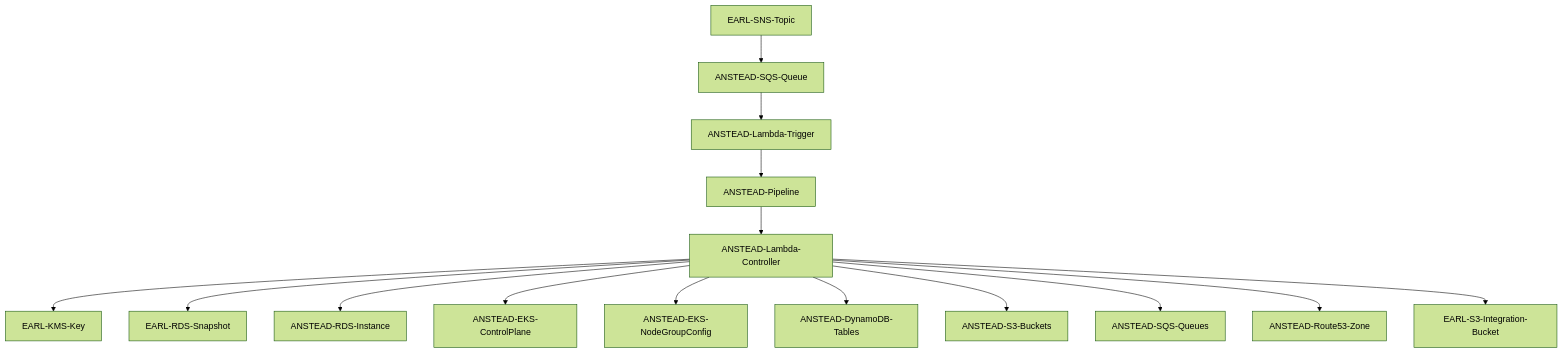
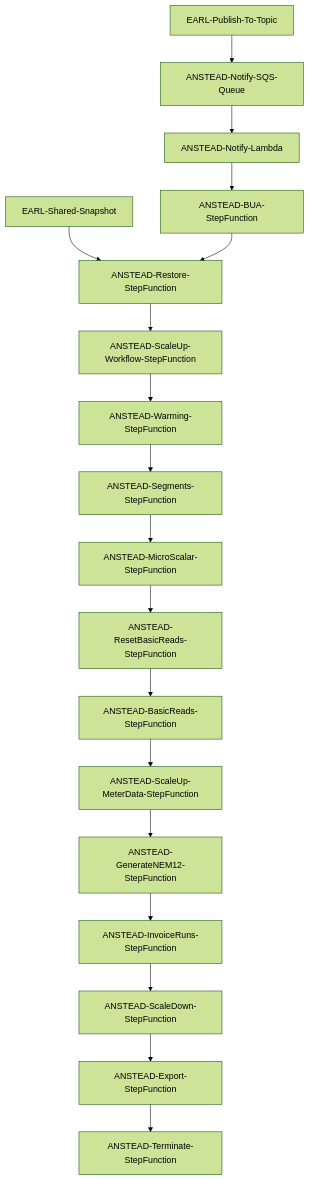
The second of 2 diagrams in README.md (madeesha/bua), drawn with Mermaid (forest theme) before and after one commit. The commit also changed other lines of this file, not shown here.

````diff
--- a/README.md
+++ b/README.md
@@ -23,17 +23,20 @@
 ```mermaid
 graph TD;
-EARL-SNS-Topic --> ANSTEAD-SQS-Queue;
-ANSTEAD-SQS-Queue --> ANSTEAD-Lambda-Trigger;
-ANSTEAD-Lambda-Trigger --> ANSTEAD-Pipeline;
-ANSTEAD-Pipeline --> ANSTEAD-Lambda-Controller;
-ANSTEAD-Lambda-Controller --> EARL-KMS-Key;
-ANSTEAD-Lambda-Controller --> EARL-RDS-Snapshot;
-ANSTEAD-Lambda-Controller --> ANSTEAD-RDS-Instance;
-ANSTEAD-Lambda-Controller --> ANSTEAD-EKS-ControlPlane;
-ANSTEAD-Lambda-Controller --> ANSTEAD-EKS-NodeGroupConfig;
-ANSTEAD-Lambda-Controller --> ANSTEAD-DynamoDB-Tables;
-ANSTEAD-Lambda-Controller --> ANSTEAD-S3-Buckets;
-ANSTEAD-Lambda-Controller --> ANSTEAD-SQS-Queues;
-ANSTEAD-Lambda-Controller --> ANSTEAD-Route53-Zone;
-ANSTEAD-Lambda-Controller --> EARL-S3-Integration-Bucket;
+EARL-Publish-To-Topic --> ANSTEAD-Notify-SQS-Queue;
+ANSTEAD-Notify-SQS-Queue --> ANSTEAD-Notify-Lambda;
+ANSTEAD-Notify-Lambda --> ANSTEAD-BUA-StepFunction;
+EARL-Shared-Snapshot --> ANSTEAD-Restore-StepFunction;
+ANSTEAD-BUA-StepFunction --> ANSTEAD-Restore-StepFunction;
+ANSTEAD-Restore-StepFunction --> ANSTEAD-ScaleUp-Workflow-StepFunction;
+ANSTEAD-ScaleUp-Workflow-StepFunction --> ANSTEAD-Warming-StepFunction;
+ANSTEAD-Warming-StepFunction --> ANSTEAD-Segments-StepFunction;
+ANSTEAD-Segments-StepFunction --> ANSTEAD-MicroScalar-StepFunction;
+ANSTEAD-MicroScalar-StepFunction --> ANSTEAD-ResetBasicReads-StepFunction;
+ANSTEAD-ResetBasicReads-StepFunction --> ANSTEAD-BasicReads-StepFunction;
+ANSTEAD-BasicReads-StepFunction --> ANSTEAD-ScaleUp-MeterData-StepFunction;
+ANSTEAD-ScaleUp-MeterData-StepFunction --> ANSTEAD-GenerateNEM12-StepFunction;
+ANSTEAD-GenerateNEM12-StepFunction --> ANSTEAD-InvoiceRuns-StepFunction;
+ANSTEAD-InvoiceRuns-StepFunction --> ANSTEAD-ScaleDown-StepFunction;
+ANSTEAD-ScaleDown-StepFunction --> ANSTEAD-Export-StepFunction;
+ANSTEAD-Export-StepFunction --> ANSTEAD-Terminate-StepFunction;
 ```
````
